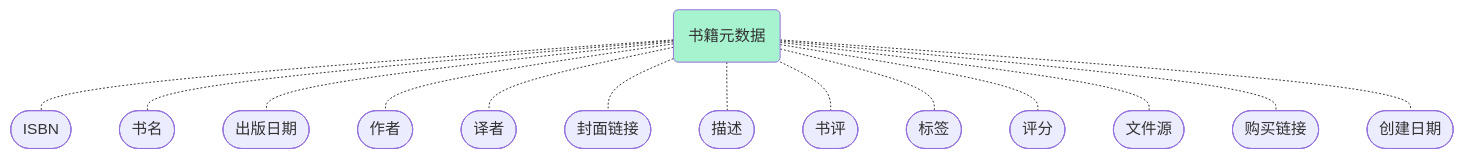
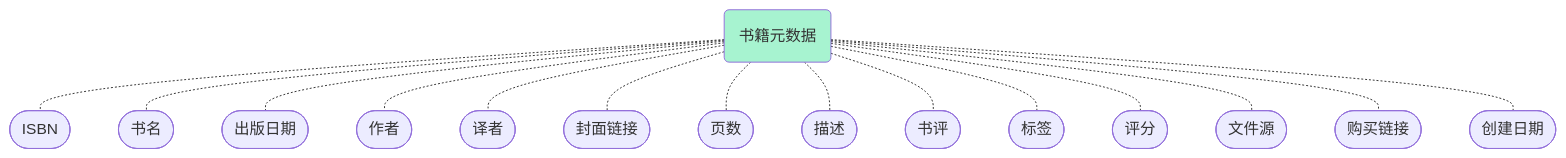
One commit to Benbinbin/BookMate changed the second of 2 diagrams in Database.md. Above: the diagram before and after it, drawn with Mermaid. The commit also changed other lines of this file and 10 other files, not shown here.

````diff
--- a/Database.md
+++ b/Database.md
@@ -32,17 +32,18 @@
 ```mermaid
 graph TD
   metadata(书籍元数据) -.- isbn([ISBN])
-  metadata -.- title([书名])
+  metadata -.- titles([书名])
   metadata -.- date([出版日期])
-  metadata -.- author([作者])
-  metadata -.- translator([译者])
-  metadata -.- cover([封面链接])
+  metadata -.- authors([作者])
+  metadata -.- translators([译者])
+  metadata -.- covers([封面链接])
+  metadata -.- pagination([页数])
   metadata -.- description([描述])
   metadata -.- review([书评])
   metadata -.- tags([标签])
-  metadata -.- star([评分])
-  metadata -.- source([文件源])
-  metadata -.- shop([购买链接])
+  metadata -.- stars([评分])
+  metadata -.- sources([文件源])
+  metadata -.- links([购买链接])
   metadata -.- bookCreatedData([创建日期])
   style metadata fill: #A7F3D0
 ```
````
